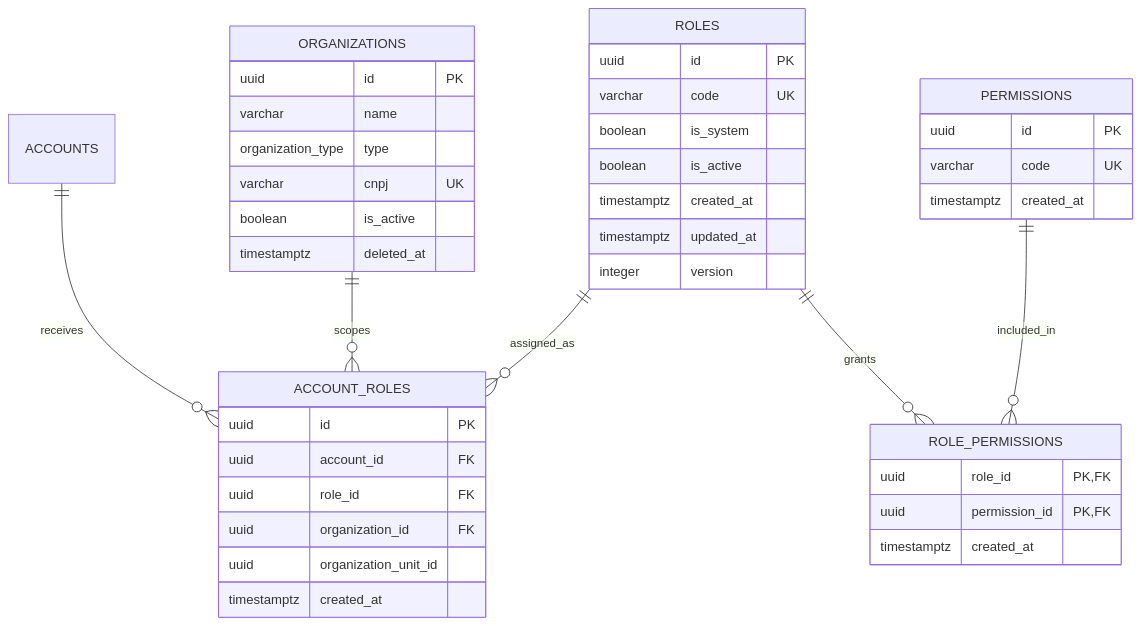
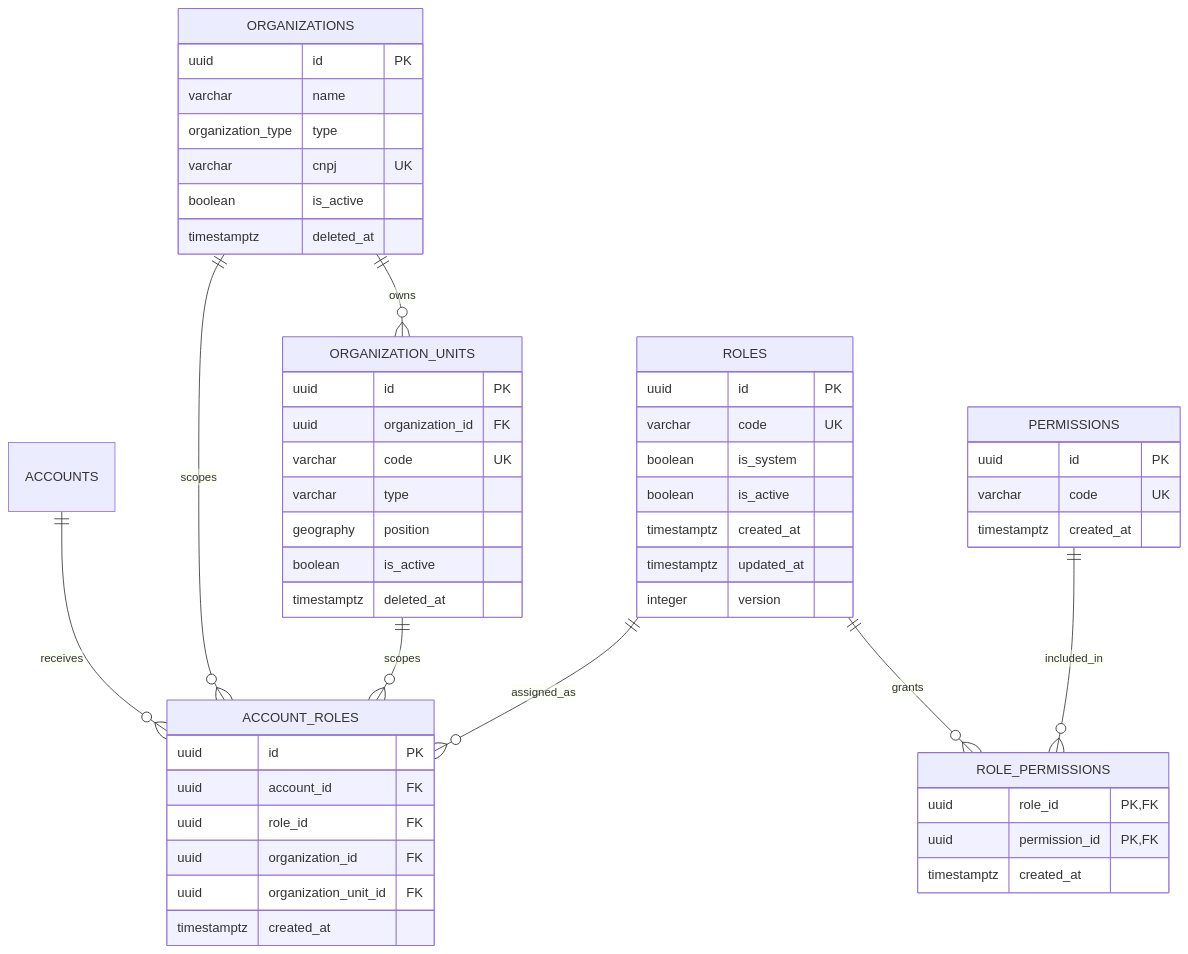
One commit to braiansilva7/protege-mais changed the diagram in docs/permissions/README.md. Above: the diagram before and after it, drawn with Mermaid. The commit also changed other lines of this file and 37 other files, not shown here.

````diff
--- a/docs/permissions/README.md
+++ b/docs/permissions/README.md
@@ -83,44 +85,55 @@
 ```mermaid
 erDiagram
     ACCOUNTS ||--o{ ACCOUNT_ROLES : receives
     ORGANIZATIONS ||--o{ ACCOUNT_ROLES : scopes
+    ORGANIZATIONS ||--o{ ORGANIZATION_UNITS : owns
+    ORGANIZATION_UNITS ||--o{ ACCOUNT_ROLES : scopes
     ROLES ||--o{ ACCOUNT_ROLES : assigned_as
     ROLES ||--o{ ROLE_PERMISSIONS : grants
     PERMISSIONS ||--o{ ROLE_PERMISSIONS : included_in
 
     ROLES {
         uuid id PK
         varchar code UK
         boolean is_system
         boolean is_active
         timestamptz created_at
         timestamptz updated_at
         integer version
     }
     PERMISSIONS {
         uuid id PK
         varchar code UK
         timestamptz created_at
     }
     ROLE_PERMISSIONS {
         uuid role_id PK,FK
         uuid permission_id PK,FK
         timestamptz created_at
     }
     ORGANIZATIONS {
         uuid id PK
         varchar name
         organization_type type
         varchar cnpj UK
         boolean is_active
         timestamptz deleted_at
     }
+    ORGANIZATION_UNITS {
+        uuid id PK
+        uuid organization_id FK
+        varchar code UK
+        varchar type
+        geography position
+        boolean is_active
+        timestamptz deleted_at
+    }
     ACCOUNT_ROLES {
         uuid id PK
         uuid account_id FK
         uuid role_id FK
         uuid organization_id FK
-        uuid organization_unit_id
+        uuid organization_unit_id FK
         timestamptz created_at
     }
 ```
````
